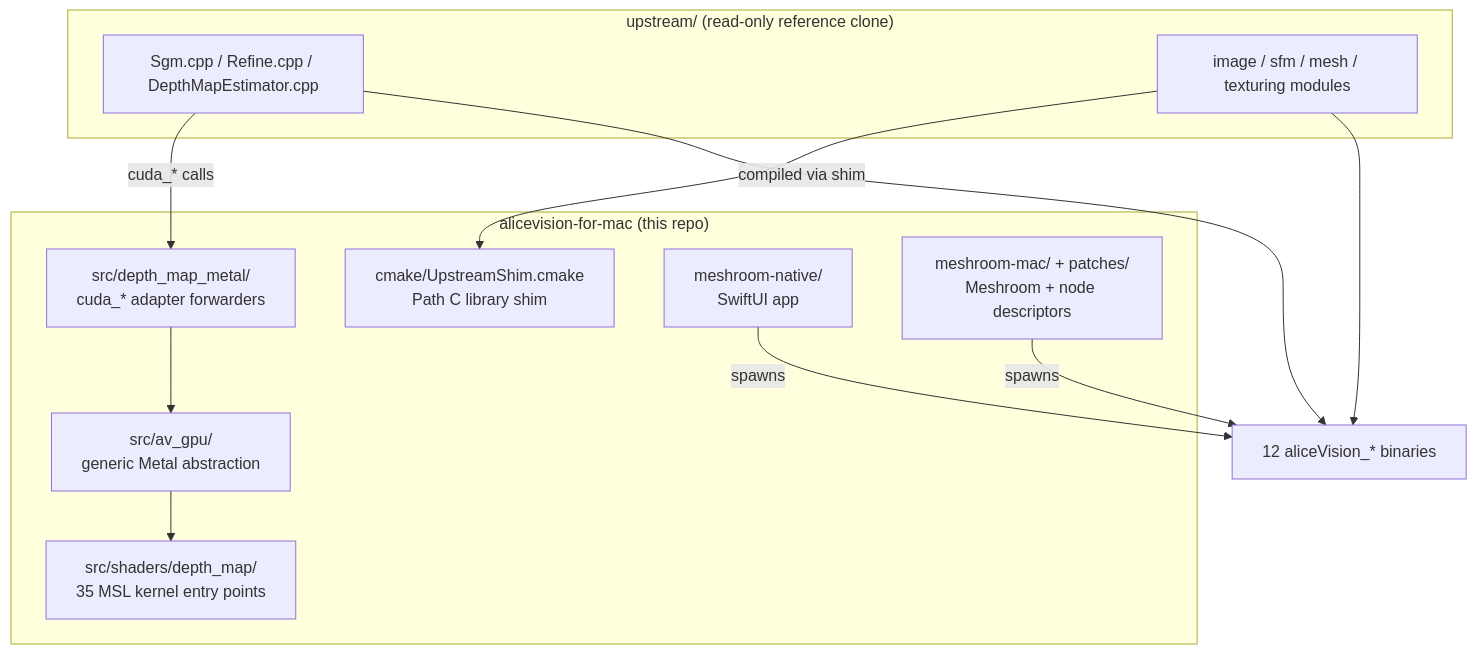
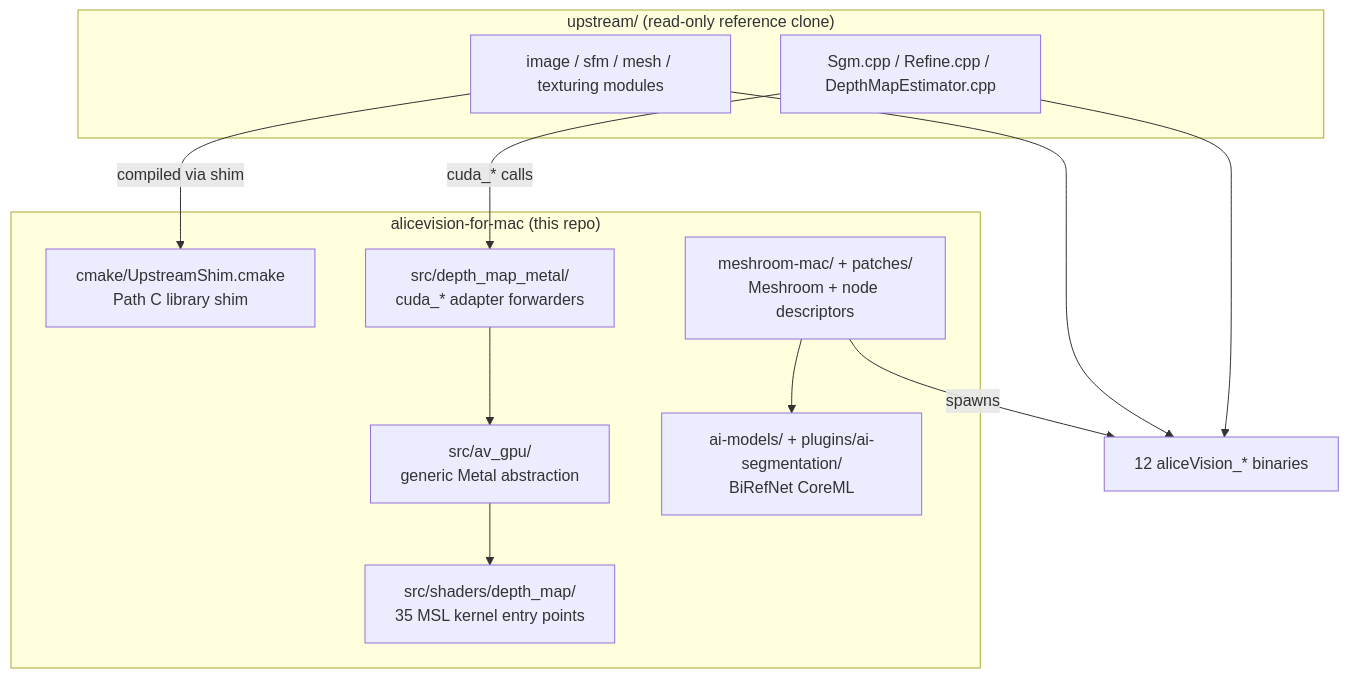
One commit to SeedeXR/alicevision-for-mac changed the second of 2 diagrams in docs/index.md. Above: the diagram before and after it, drawn with Mermaid. The commit also changed other lines of this file and 32 other files, not shown here.

Commit message:
add:coreml's of birefnet and purged meshroom-native documentation

````diff
--- a/docs/index.md
+++ b/docs/index.md
@@ -115,23 +118,23 @@
 ```mermaid
 flowchart TB
     subgraph upstream["upstream/ (read-only reference clone)"]
         U1[Sgm.cpp / Refine.cpp / DepthMapEstimator.cpp]
         U2[image / sfm / mesh / texturing modules]
     end
     subgraph overlay["alicevision-for-mac (this repo)"]
         S1[cmake/UpstreamShim.cmake<br/>Path C library shim]
         S2[src/depth_map_metal/<br/>cuda_* adapter forwarders]
         S3[src/av_gpu/<br/>generic Metal abstraction]
         S4[src/shaders/depth_map/<br/>35 MSL kernel entry points]
-        S5[meshroom-native/<br/>SwiftUI app]
+        S5[ai-models/ + plugins/ai-segmentation/<br/>BiRefNet CoreML]
         S6[meshroom-mac/ + patches/<br/>Meshroom + node descriptors]
     end
     U1 -->|"cuda_* calls"| S2
     S2 --> S3
     S3 --> S4
     U2 -->|compiled via shim| S1
-    S5 -->|spawns| BIN[12 aliceVision_* binaries]
-    S6 -->|spawns| BIN
+    S6 -->|spawns| BIN[12 aliceVision_* binaries]
+    S6 --> S5
     U1 --> BIN
     U2 --> BIN
 ```
````
